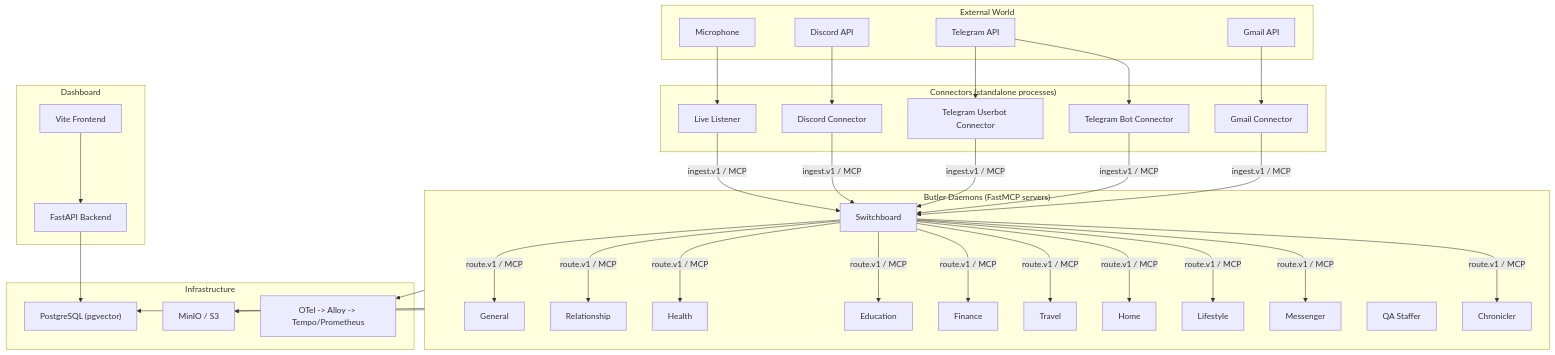
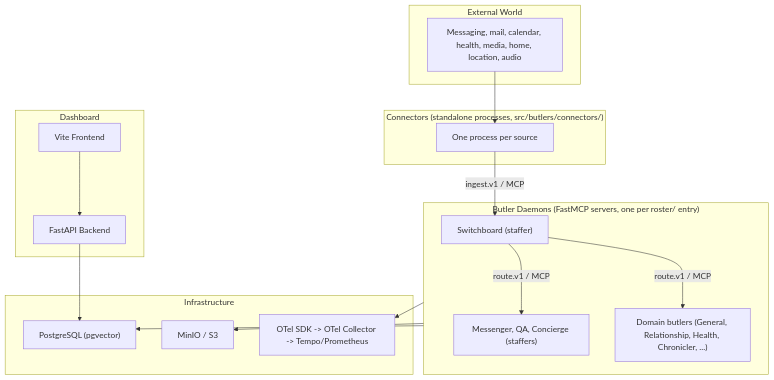
The diagram in about/lay-and-land/components.md (tzeusy-org/butlers), drawn with Mermaid before and after one commit. The commit also changed other lines of this file and 56 other files, not shown here.

````diff
--- a/about/lay-and-land/components.md
+++ b/about/lay-and-land/components.md
@@ -9,72 +12,38 @@
 ```mermaid
 graph TB
     subgraph External["External World"]
-        Gmail["Gmail API"]
-        TG["Telegram API"]
-        Discord["Discord API"]
-        Mic["Microphone"]
+        Ext["Messaging, mail, calendar, health, media, home, location, audio"]
     end
 
-    subgraph Connectors["Connectors (standalone processes)"]
-        GmailC["Gmail Connector"]
-        TGBot["Telegram Bot Connector"]
-        TGUser["Telegram Userbot Connector"]
-        DiscordC["Discord Connector"]
-        LiveL["Live Listener"]
+    subgraph Connectors["Connectors (standalone processes, src/butlers/connectors/)"]
+        Conn["One process per source"]
     end
 
-    subgraph Core["Butler Daemons (FastMCP servers)"]
-        SW["Switchboard"]
-        GEN["General"]
-        REL["Relationship"]
-        HLT["Health"]
-        EDU["Education"]
-        FIN["Finance"]
-        TRV["Travel"]
-        HOM["Home"]
-        LIF["Lifestyle"]
-        MSG["Messenger"]
-        QA["QA Staffer"]
-        CHR["Chronicler"]
+    subgraph Core["Butler Daemons (FastMCP servers, one per roster/ entry)"]
+        SW["Switchboard (staffer)"]
+        Staff["Messenger, QA, Concierge (staffers)"]
+        Domain["Domain butlers (General, Relationship, Health, Chronicler, ...)"]
     end
 
     subgraph Infra["Infrastructure"]
         PG["PostgreSQL (pgvector)"]
         S3["MinIO / S3"]
-        OTel["OTel -> Alloy -> Tempo/Prometheus"]
+        OTel["OTel SDK -> OTel Collector -> Tempo/Prometheus"]
     end
 
     subgraph UI["Dashboard"]
         API["FastAPI Backend"]
         Vite["Vite Frontend"]
     end
 
-    Gmail --> GmailC
-    TG --> TGBot
-    TG --> TGUser
-    Discord --> DiscordC
-    Mic --> LiveL
-
-    GmailC -- "ingest.v1 / MCP" --> SW
-    TGBot -- "ingest.v1 / MCP" --> SW
-    TGUser -- "ingest.v1 / MCP" --> SW
-    DiscordC -- "ingest.v1 / MCP" --> SW
-    LiveL -- "ingest.v1 / MCP" --> SW
-
-    SW -- "route.v1 / MCP" --> GEN
-    SW -- "route.v1 / MCP" --> REL
-    SW -- "route.v1 / MCP" --> HLT
-    SW -- "route.v1 / MCP" --> EDU
-    SW -- "route.v1 / MCP" --> FIN
-    SW -- "route.v1 / MCP" --> TRV
-    SW -- "route.v1 / MCP" --> HOM
-    SW -- "route.v1 / MCP" --> LIF
-    SW -- "route.v1 / MCP" --> MSG
-    SW -- "route.v1 / MCP" --> CHR
+    Ext --> Conn
+    Conn -- "ingest.v1 / MCP" --> SW
+    SW -- "route.v1 / MCP" --> Staff
+    SW -- "route.v1 / MCP" --> Domain
 
     Core --> PG
     Core --> S3
     Core --> OTel
     API --> PG
     Vite --> API
 ```
````
